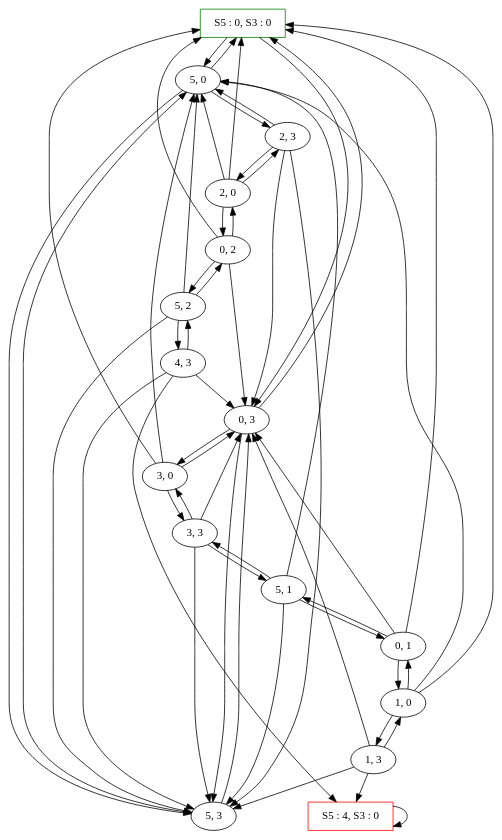
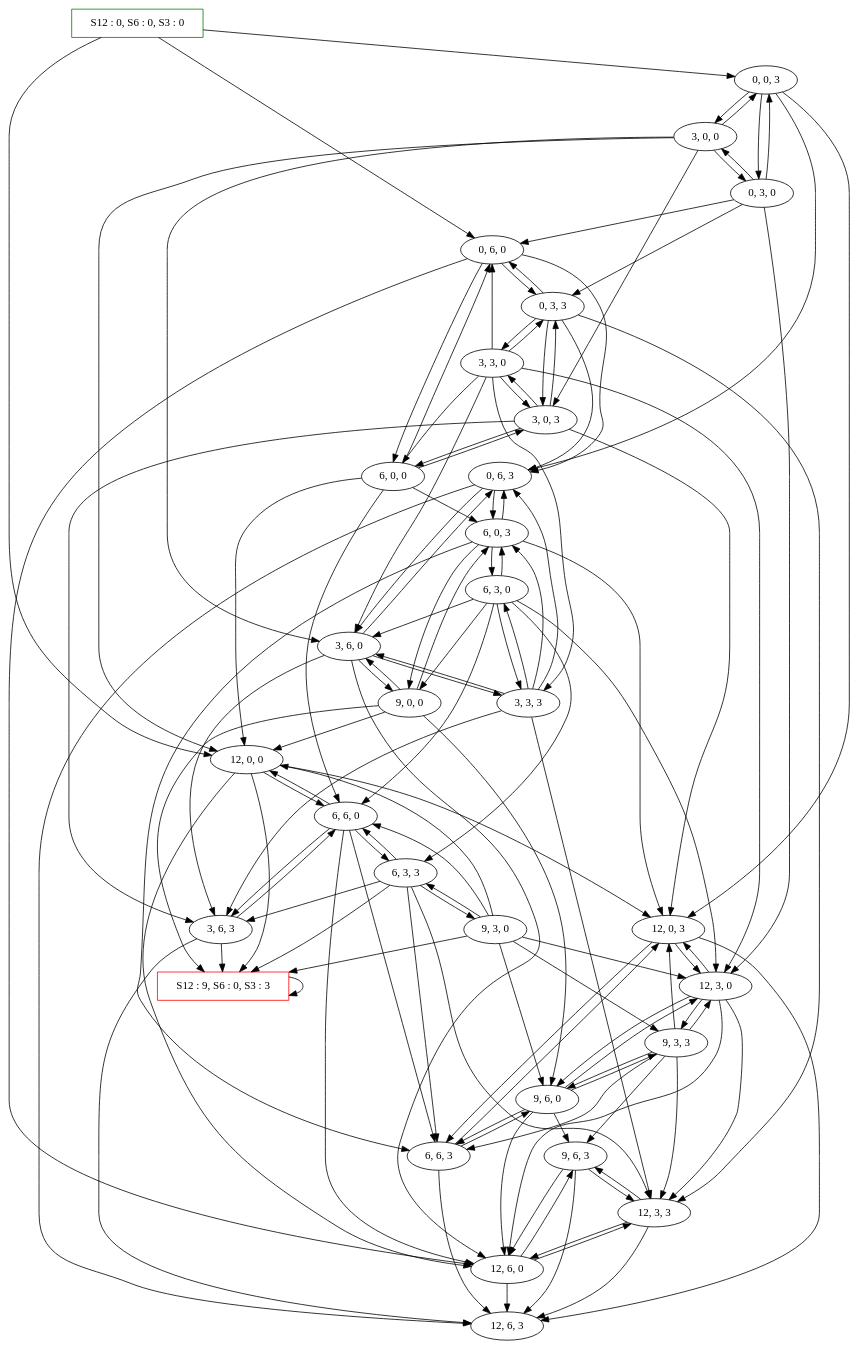
One commit to samsoucoupe/concept-a-ia changed the diagram in DOT/zodice.dot. Above: the diagram before and after it, drawn with Graphviz. The commit also changed 240 other files, not shown here.

```diff
--- a/DOT/zodice.dot
+++ b/DOT/zodice.dot
@@ -1,59 +1,135 @@
 digraph zodice {
-	initial [label="S5 : 0, S3 : 0" color=green shape=box]
-	final [label="S5 : 4, S3 : 0" color=red shape=box]
-	initial -> "5, 0"
-	initial -> "0, 3"
-	"0, 3" -> "5, 3"
-	"0, 3" -> initial
-	"0, 3" -> "3, 0"
-	"3, 0" -> initial
-	"3, 0" -> "5, 0"
-	"3, 0" -> "0, 3"
-	"3, 0" -> "3, 3"
-	"3, 3" -> "0, 3"
-	"3, 3" -> "5, 3"
-	"3, 3" -> "3, 0"
-	"3, 3" -> "5, 1"
-	"5, 1" -> "0, 1"
-	"5, 1" -> "3, 3"
-	"5, 1" -> "5, 0"
-	"5, 1" -> "5, 3"
-	"5, 3" -> "0, 3"
-	"5, 3" -> "5, 0"
-	"5, 0" -> initial
-	"5, 0" -> "2, 3"
-	"5, 0" -> "5, 3"
-	"2, 3" -> "0, 3"
-	"2, 3" -> "5, 3"
-	"2, 3" -> "2, 0"
-	"2, 3" -> "5, 0"
-	"2, 0" -> initial
-	"2, 0" -> "5, 0"
-	"2, 0" -> "0, 2"
-	"2, 0" -> "2, 3"
-	"0, 2" -> "5, 2"
-	"0, 2" -> initial
-	"0, 2" -> "0, 3"
-	"0, 2" -> "2, 0"
-	"5, 2" -> "0, 2"
-	"5, 2" -> "4, 3"
-	"5, 2" -> "5, 0"
-	"5, 2" -> "5, 3"
-	"4, 3" -> "0, 3"
-	"4, 3" -> "5, 3"
-	"4, 3" -> final
-	"4, 3" -> "5, 2"
+	initial [label="S12 : 0, S6 : 0, S3 : 0" color=green shape=box]
+	final [label="S12 : 9, S6 : 0, S3 : 3" color=red shape=box]
+	initial -> "12, 0, 0"
+	initial -> "0, 6, 0"
+	initial -> "0, 0, 3"
+	"0, 0, 3" -> "12, 0, 3"
+	"0, 0, 3" -> "0, 6, 3"
+	"0, 0, 3" -> "3, 0, 0"
+	"0, 0, 3" -> "0, 3, 0"
+	"0, 3, 0" -> "12, 3, 0"
+	"0, 3, 0" -> "0, 6, 0"
+	"0, 3, 0" -> "3, 0, 0"
+	"0, 3, 0" -> "0, 0, 3"
+	"0, 3, 0" -> "0, 3, 3"
+	"0, 3, 3" -> "12, 3, 3"
+	"0, 3, 3" -> "0, 6, 3"
+	"0, 3, 3" -> "3, 0, 3"
+	"0, 3, 3" -> "3, 3, 0"
+	"0, 3, 3" -> "0, 6, 0"
+	"0, 6, 0" -> "12, 6, 0"
+	"0, 6, 0" -> "6, 0, 0"
+	"0, 6, 0" -> "0, 3, 3"
+	"0, 6, 0" -> "0, 6, 3"
+	"0, 6, 3" -> "12, 6, 3"
+	"0, 6, 3" -> "6, 0, 3"
+	"0, 6, 3" -> "3, 6, 0"
+	"3, 6, 0" -> "12, 6, 0"
+	"3, 6, 0" -> "0, 6, 3"
+	"3, 6, 0" -> "9, 0, 0"
+	"3, 6, 0" -> "3, 3, 3"
+	"3, 6, 0" -> "3, 6, 3"
+	"3, 6, 3" -> "12, 6, 3"
+	"3, 6, 3" -> final
+	"3, 6, 3" -> "6, 6, 0"
+	"6, 6, 0" -> "12, 6, 0"
+	"6, 6, 0" -> "3, 6, 3"
+	"6, 6, 0" -> "12, 0, 0"
+	"6, 6, 0" -> "6, 3, 3"
+	"6, 6, 0" -> "6, 6, 3"
+	"6, 6, 3" -> "12, 6, 3"
+	"6, 6, 3" -> "12, 0, 3"
+	"6, 6, 3" -> "9, 6, 0"
+	"9, 6, 0" -> "12, 6, 0"
+	"9, 6, 0" -> "6, 6, 3"
+	"9, 6, 0" -> "12, 3, 0"
+	"9, 6, 0" -> "9, 3, 3"
+	"9, 6, 0" -> "9, 6, 3"
+	"9, 6, 3" -> "12, 6, 3"
+	"9, 6, 3" -> "12, 3, 3"
+	"9, 6, 3" -> "12, 6, 0"
+	"12, 6, 0" -> "9, 6, 3"
+	"12, 6, 0" -> "12, 3, 3"
+	"12, 6, 0" -> "12, 6, 3"
+	"12, 3, 3" -> "9, 6, 3"
+	"12, 3, 3" -> "12, 6, 3"
+	"12, 3, 3" -> "12, 6, 0"
+	"9, 3, 3" -> "12, 3, 3"
+	"9, 3, 3" -> "6, 6, 3"
+	"9, 3, 3" -> "9, 6, 3"
+	"9, 3, 3" -> "12, 0, 3"
+	"9, 3, 3" -> "12, 3, 0"
+	"9, 3, 3" -> "9, 6, 0"
+	"12, 3, 0" -> "9, 6, 0"
+	"12, 3, 0" -> "9, 3, 3"
+	"12, 3, 0" -> "12, 6, 0"
+	"12, 3, 0" -> "12, 0, 3"
+	"12, 3, 0" -> "12, 3, 3"
+	"12, 0, 3" -> "6, 6, 3"
+	"12, 0, 3" -> "12, 6, 3"
+	"12, 0, 3" -> "12, 3, 0"
+	"6, 3, 3" -> "12, 3, 3"
+	"6, 3, 3" -> "3, 6, 3"
+	"6, 3, 3" -> "6, 6, 3"
+	"6, 3, 3" -> final
+	"6, 3, 3" -> "9, 3, 0"
+	"6, 3, 3" -> "6, 6, 0"
+	"9, 3, 0" -> "12, 3, 0"
+	"9, 3, 0" -> "6, 6, 0"
+	"9, 3, 0" -> "6, 3, 3"
+	"9, 3, 0" -> "9, 6, 0"
+	"9, 3, 0" -> "12, 0, 0"
+	"9, 3, 0" -> final
+	"9, 3, 0" -> "9, 3, 3"
 	final -> final
-	"0, 1" -> "5, 1"
-	"0, 1" -> initial
-	"0, 1" -> "0, 3"
-	"0, 1" -> "1, 0"
-	"1, 0" -> initial
-	"1, 0" -> "5, 0"
-	"1, 0" -> "0, 1"
-	"1, 0" -> "1, 3"
-	"1, 3" -> "0, 3"
-	"1, 3" -> "5, 3"
-	"1, 3" -> "1, 0"
-	"1, 3" -> final
+	"12, 0, 0" -> "6, 6, 0"
+	"12, 0, 0" -> final
+	"12, 0, 0" -> "12, 6, 0"
+	"12, 0, 0" -> "12, 0, 3"
+	"3, 3, 3" -> "12, 3, 3"
+	"3, 3, 3" -> "0, 6, 3"
+	"3, 3, 3" -> "3, 6, 3"
+	"3, 3, 3" -> "6, 0, 3"
+	"3, 3, 3" -> "6, 3, 0"
+	"3, 3, 3" -> "3, 6, 0"
+	"6, 3, 0" -> "12, 3, 0"
+	"6, 3, 0" -> "3, 6, 0"
+	"6, 3, 0" -> "3, 3, 3"
+	"6, 3, 0" -> "6, 6, 0"
+	"6, 3, 0" -> "9, 0, 0"
+	"6, 3, 0" -> "6, 0, 3"
+	"6, 3, 0" -> "6, 3, 3"
+	"6, 0, 3" -> "12, 0, 3"
+	"6, 0, 3" -> "0, 6, 3"
+	"6, 0, 3" -> "6, 6, 3"
+	"6, 0, 3" -> "9, 0, 0"
+	"6, 0, 3" -> "6, 3, 0"
+	"9, 0, 0" -> "12, 0, 0"
+	"9, 0, 0" -> "3, 6, 0"
+	"9, 0, 0" -> "6, 0, 3"
+	"9, 0, 0" -> "9, 6, 0"
+	"9, 0, 0" -> final
+	"6, 0, 0" -> "12, 0, 0"
+	"6, 0, 0" -> "0, 6, 0"
+	"6, 0, 0" -> "3, 0, 3"
+	"6, 0, 0" -> "6, 6, 0"
+	"6, 0, 0" -> "6, 0, 3"
+	"3, 0, 3" -> "12, 0, 3"
+	"3, 0, 3" -> "0, 3, 3"
+	"3, 0, 3" -> "3, 6, 3"
+	"3, 0, 3" -> "6, 0, 0"
+	"3, 0, 3" -> "3, 3, 0"
+	"3, 3, 0" -> "12, 3, 0"
+	"3, 3, 0" -> "0, 6, 0"
+	"3, 3, 0" -> "0, 3, 3"
+	"3, 3, 0" -> "3, 6, 0"
+	"3, 3, 0" -> "6, 0, 0"
+	"3, 3, 0" -> "3, 0, 3"
+	"3, 3, 0" -> "3, 3, 3"
+	"3, 0, 0" -> "12, 0, 0"
+	"3, 0, 0" -> "0, 3, 0"
+	"3, 0, 0" -> "0, 0, 3"
+	"3, 0, 0" -> "3, 6, 0"
+	"3, 0, 0" -> "3, 0, 3"
 }
```
